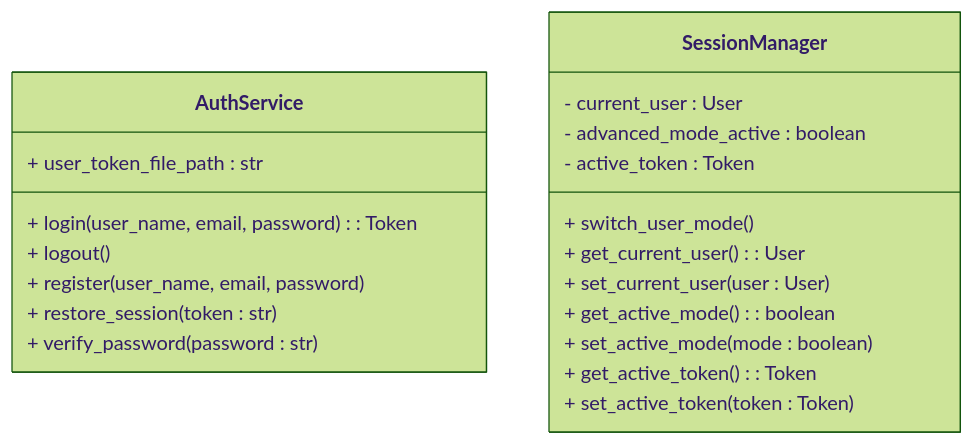
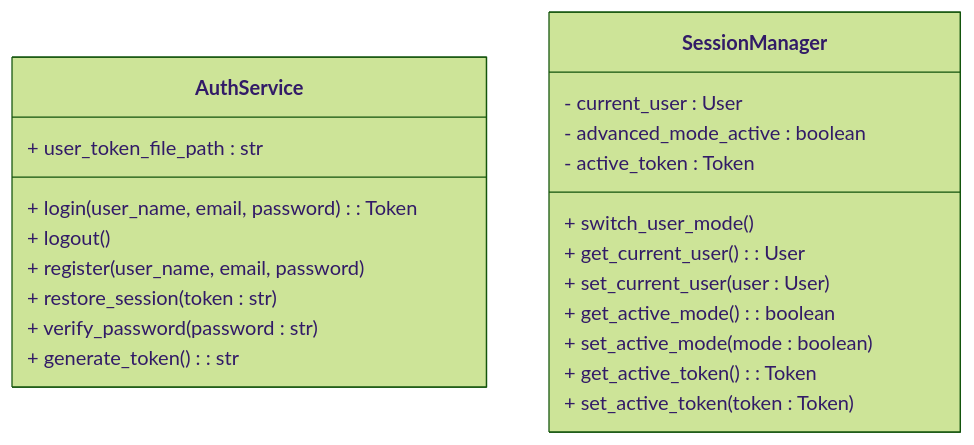
Before and after one commit to alegrelias/Repo-GMini: the ninth of 15 diagrams in Gmini-MarkDown/Diagramas/Diagramas de Clases.md, drawn with Mermaid (forest theme). The commit also changed other lines of this file, not shown here.

````diff
--- a/Gmini-MarkDown/Diagramas/Diagramas de Clases.md
+++ b/Gmini-MarkDown/Diagramas/Diagramas de Clases.md
@@ -744,25 +745,26 @@
 ```mermaid
 classDiagram
 %% usuario
 class AuthService{
 	+ user_token_file_path : str
 	+ login(user_name, email, password) : Token
 	+ logout()
 	+ register(user_name, email, password)
 	+ restore_session(token : str)
 	+ verify_password(password : str)
+	+ generate_token() : str
 }
 
 class SessionManager{
 	- current_user : User
 	- advanced_mode_active : boolean
 	- active_token : Token
 	+ switch_user_mode()
 	+ get_current_user() : User
 	+ set_current_user(user : User)
 	+ get_active_mode() : boolean
 	+ set_active_mode(mode : boolean)
 	+ get_active_token() : Token
 	+ set_active_token(token : Token)
 }
 ```
````
